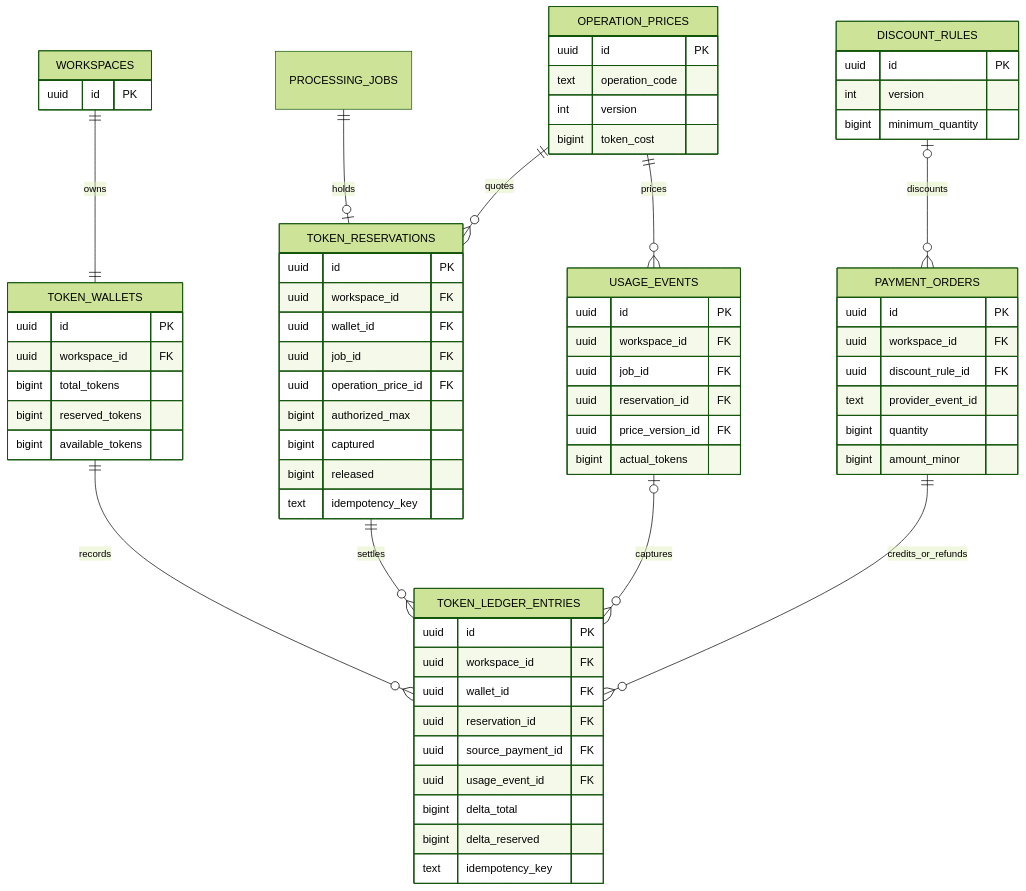
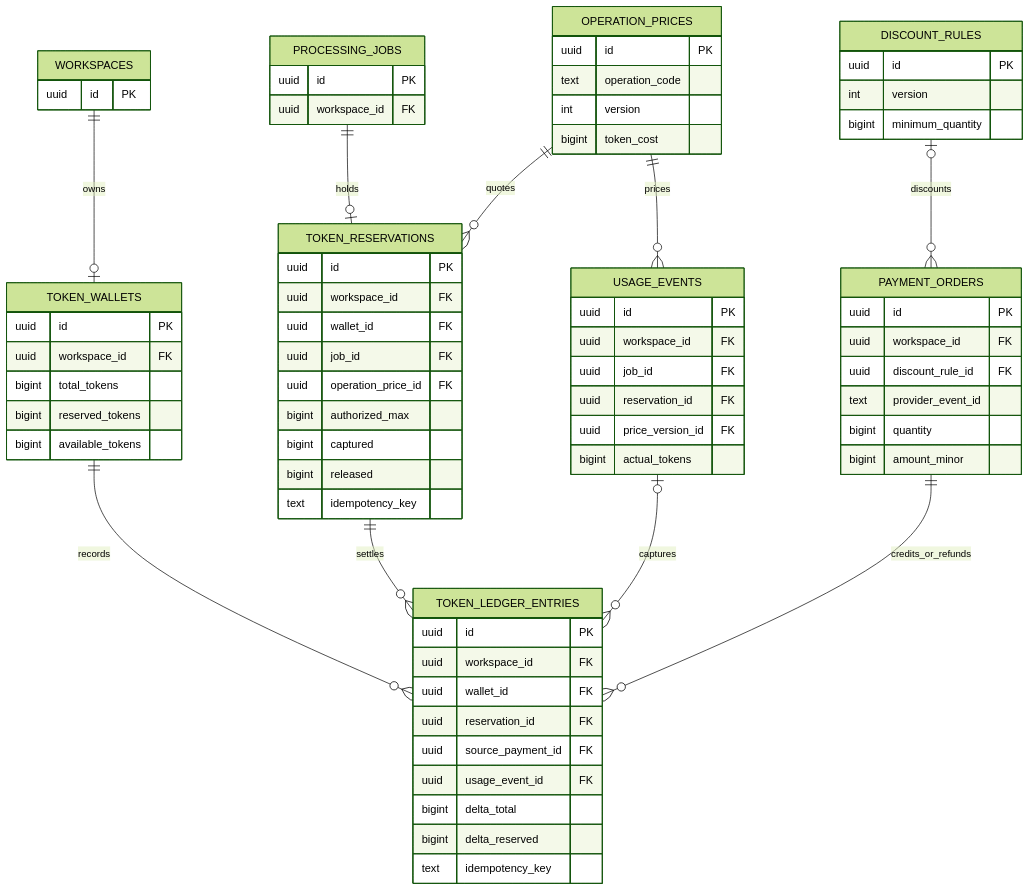
The third of 3 diagrams in docs/architecture/02-data-and-storage-architecture.md (chandravadiyaDeep/WTF), drawn with Mermaid (forest theme) before and after one commit. The commit also changed other lines of this file, not shown here.

Commit message:
docs: complete cross-domain ER references

````diff
--- a/docs/architecture/02-data-and-storage-architecture.md
+++ b/docs/architecture/02-data-and-storage-architecture.md
@@ -302,71 +318,75 @@
 ```mermaid
 erDiagram
   WORKSPACES {
     uuid id PK
+  }
+  PROCESSING_JOBS {
+    uuid id PK
+    uuid workspace_id FK
   }
   TOKEN_WALLETS {
     uuid id PK
     uuid workspace_id FK
     bigint total_tokens
     bigint reserved_tokens
     bigint available_tokens
   }
   TOKEN_LEDGER_ENTRIES {
     uuid id PK
     uuid workspace_id FK
     uuid wallet_id FK
     uuid reservation_id FK
     uuid source_payment_id FK
     uuid usage_event_id FK
     bigint delta_total
     bigint delta_reserved
     text idempotency_key
   }
   OPERATION_PRICES {
     uuid id PK
     text operation_code
     int version
     bigint token_cost
   }
   DISCOUNT_RULES {
     uuid id PK
     int version
     bigint minimum_quantity
   }
   PAYMENT_ORDERS {
     uuid id PK
     uuid workspace_id FK
     uuid discount_rule_id FK
     text provider_event_id
     bigint quantity
     bigint amount_minor
   }
   TOKEN_RESERVATIONS {
     uuid id PK
     uuid workspace_id FK
     uuid wallet_id FK
     uuid job_id FK
     uuid operation_price_id FK
     bigint authorized_max
     bigint captured
     bigint released
     text idempotency_key
   }
   USAGE_EVENTS {
     uuid id PK
     uuid workspace_id FK
     uuid job_id FK
     uuid reservation_id FK
     uuid price_version_id FK
     bigint actual_tokens
   }
   PROCESSING_JOBS ||--o| TOKEN_RESERVATIONS : holds
-  WORKSPACES ||--|| TOKEN_WALLETS : owns
+  WORKSPACES ||--o| TOKEN_WALLETS : owns
   TOKEN_WALLETS ||--o{ TOKEN_LEDGER_ENTRIES : records
   TOKEN_RESERVATIONS ||--o{ TOKEN_LEDGER_ENTRIES : settles
   PAYMENT_ORDERS ||--o{ TOKEN_LEDGER_ENTRIES : credits_or_refunds
   USAGE_EVENTS o|--o{ TOKEN_LEDGER_ENTRIES : captures
   OPERATION_PRICES ||--o{ TOKEN_RESERVATIONS : quotes
   OPERATION_PRICES ||--o{ USAGE_EVENTS : prices
   DISCOUNT_RULES o|--o{ PAYMENT_ORDERS : discounts
 ```
````
